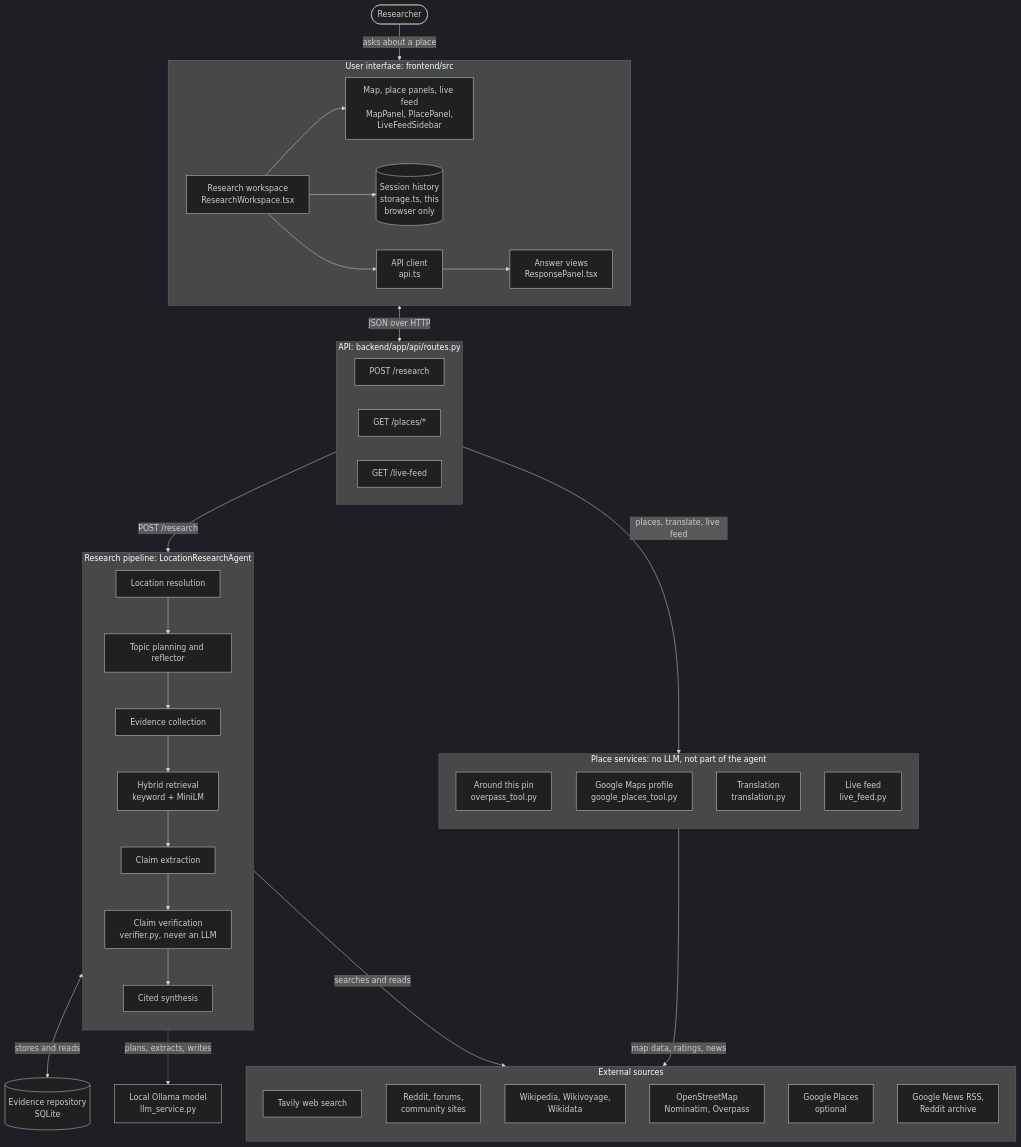
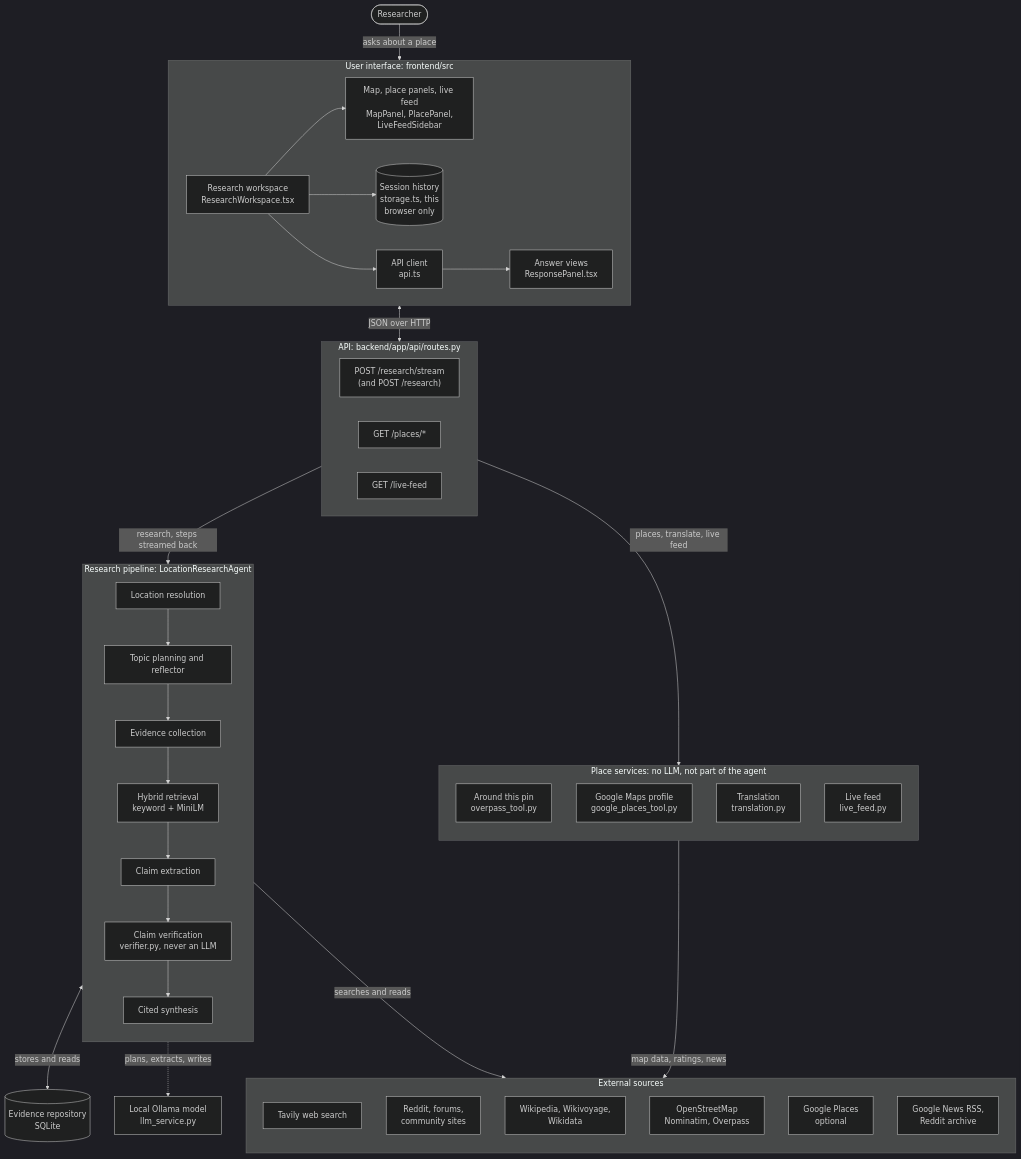
One commit to anishneu/LugensaAI changed the second of 6 diagrams in README.md. Above: the diagram before and after it, drawn with Mermaid (dark theme). The commit also changed other lines of this file and 22 other files, not shown here.

````diff
--- a/README.md
+++ b/README.md
@@ -208,64 +208,64 @@
 ```mermaid
 flowchart TB
   user(["Researcher"])
 
   subgraph UI["User interface: frontend/src"]
     direction LR
     WS["Research workspace<br/>ResearchWorkspace.tsx"]
     PANELS["Map, place panels, live feed<br/>MapPanel, PlacePanel,<br/>LiveFeedSidebar"]
     HIST[("Session history<br/>storage.ts, this<br/>browser only")]
     CLIENT["API client<br/>api.ts"]
     VIEWS["Answer views<br/>ResponsePanel.tsx"]
     WS --> PANELS
     WS --> HIST
     WS --> CLIENT
     CLIENT --> VIEWS
   end
 
   subgraph API["API: backend/app/api/routes.py"]
     direction LR
-    RRES["POST /research"]
+    RRES["POST /research/stream<br/>(and POST /research)"]
     RPLACE["GET /places/*"]
     RFEED["GET /live-feed"]
   end
 
   subgraph Pipeline["Research pipeline: LocationResearchAgent"]
     direction TB
     RESOLVE["Location resolution"] --> PLAN["Topic planning and reflector"]
     PLAN --> COLLECT["Evidence collection"]
     COLLECT --> RANK["Hybrid retrieval<br/>keyword + MiniLM"]
     RANK --> CLAIMS["Claim extraction"]
     CLAIMS --> VERIFY["Claim verification<br/>verifier.py, never an LLM"]
     VERIFY --> SYN["Cited synthesis"]
   end
 
   subgraph Place["Place services: no LLM, not part of the agent"]
     direction TB
     NEARBY["Around this pin<br/>overpass_tool.py"]
     PROFILE["Google Maps profile<br/>google_places_tool.py"]
     TRANS["Translation<br/>translation.py"]
     FEED["Live feed<br/>live_feed.py"]
   end
 
   STORE[("Evidence repository<br/>SQLite")]
   OLLAMA["Local Ollama model<br/>llm_service.py"]
 
   subgraph Sources["External sources"]
     direction TB
     WEB["Tavily web search"]
     COMM["Reddit, forums,<br/>community sites"]
     WIKI["Wikipedia, Wikivoyage,<br/>Wikidata"]
     OSM["OpenStreetMap<br/>Nominatim, Overpass"]
     GOOGLE["Google Places<br/>optional"]
     NEWS["Google News RSS,<br/>Reddit archive"]
   end
 
   user -->|"asks about a place"| UI
   UI <-->|"JSON over HTTP"| API
-  API -->|"POST /research"| Pipeline
+  API -->|"research, steps streamed back"| Pipeline
   API -->|"places, translate, live feed"| Place
   Pipeline <-->|"stores and reads"| STORE
   Pipeline -.->|"plans, extracts, writes"| OLLAMA
   Pipeline -->|"searches and reads"| Sources
   Place -->|"map data, ratings, news"| Sources
 ```
````
